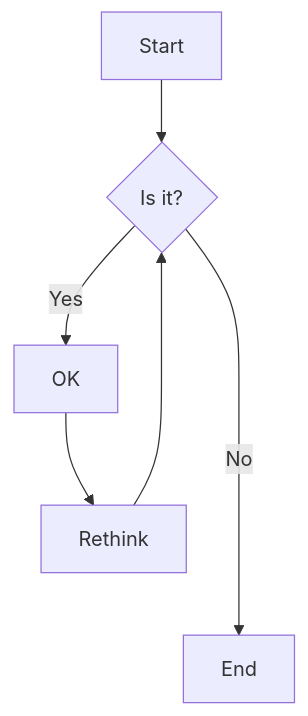
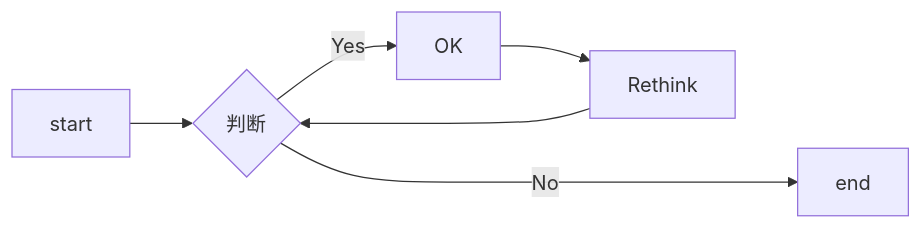
Before and after one commit to minrrww/vs_code_cpp: diagram 11 of 35 in 了不起的Markdown/9.mermaid深入学习.md, drawn with Mermaid. The commit also changed other lines of this file and 7 other files, not shown here.

````diff
--- a/了不起的Markdown/9.mermaid深入学习.md
+++ b/了不起的Markdown/9.mermaid深入学习.md
@@ -121,8 +144,8 @@
 ```mermaid
-flowchart TD
-    A[Start] --> B{Is it?}
+flowchart LR
+    A[start] --> B{判断}
     B -->|Yes| C[OK]
     C --> D[Rethink]
     D --> B
-    B ---->|No| E[End]
+    B ---->|No| E[end]
 ```
````
